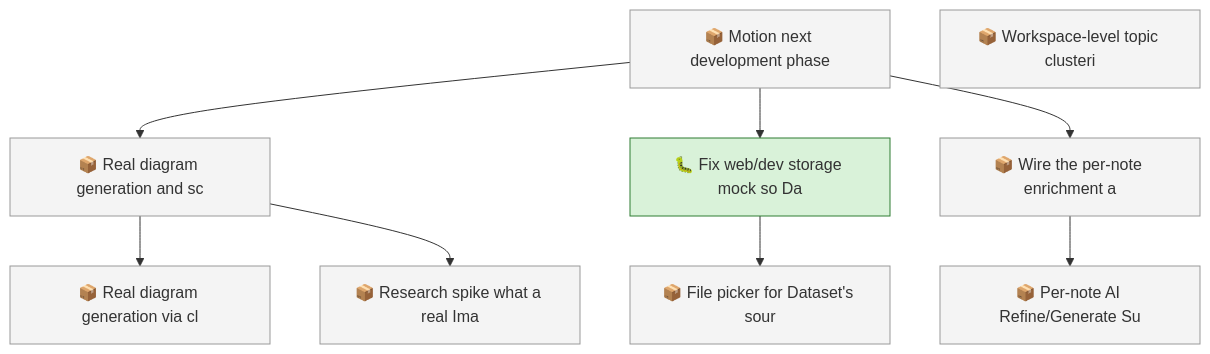
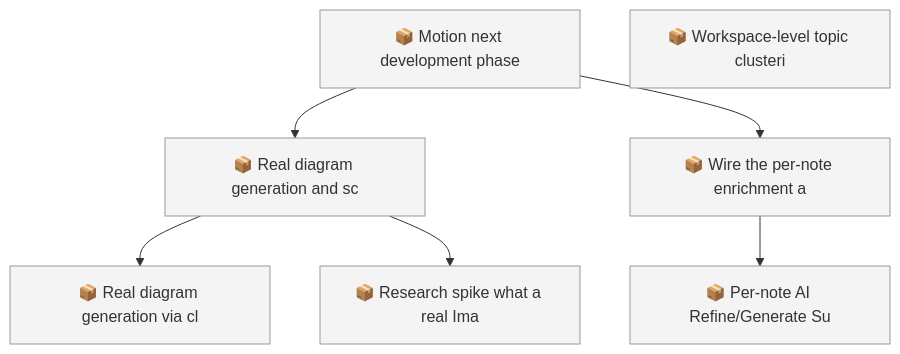
The first of 2 diagrams in docs/roadmap.md (SpillwaveSolutions/motion), drawn with Mermaid before and after one commit. The commit also changed other lines of this file and 12 other files, not shown here.

````diff
--- a/docs/roadmap.md
+++ b/docs/roadmap.md
@@ -49,23 +43,17 @@
 ```mermaid
 graph TD
     01KYFZ6RBHABFSC9K9NJ90168Q["📦 Motion next development phase"]
     01KYFZ6RBJ5718M3GQPAB76RHS["📦 Real diagram generation and sc"]
-    01KYFZ6RBJC07FEQ0FT0KQ302M["🐛 Fix web/dev storage mock so Da"]
     01KYFZ6RBJCWMMF7THJZFB6943["📦 Real diagram generation via cl"]
     01KYFZ6RBJEYPZ9RX0F86490TM["📦 Research spike what a real Ima"]
-    01KYFZ6RBJT7FG0G30WYS3YF6Q["📦 File picker for Dataset's sour"]
     01KYFZ6RBJV920SFW0MAN9MX9J["📦 Wire the per-note enrichment a"]
     01KYFZ6RBJZNYDT9AK2V0RA11T["📦 Per-note AI Refine/Generate Su"]
     01KYFZ8RGR06XBSG9CH4TEWYJY["📦 Workspace-level topic clusteri"]
     01KYFZ6RBHABFSC9K9NJ90168Q --> 01KYFZ6RBJ5718M3GQPAB76RHS
-    01KYFZ6RBHABFSC9K9NJ90168Q --> 01KYFZ6RBJC07FEQ0FT0KQ302M
     01KYFZ6RBJ5718M3GQPAB76RHS --> 01KYFZ6RBJCWMMF7THJZFB6943
     01KYFZ6RBJ5718M3GQPAB76RHS --> 01KYFZ6RBJEYPZ9RX0F86490TM
-    01KYFZ6RBJC07FEQ0FT0KQ302M --> 01KYFZ6RBJT7FG0G30WYS3YF6Q
     01KYFZ6RBHABFSC9K9NJ90168Q --> 01KYFZ6RBJV920SFW0MAN9MX9J
     01KYFZ6RBJV920SFW0MAN9MX9J --> 01KYFZ6RBJZNYDT9AK2V0RA11T
     classDef todo fill:#f4f4f4,stroke:#999999
-    class 01KYFZ6RBHABFSC9K9NJ90168Q,01KYFZ6RBJ5718M3GQPAB76RHS,01KYFZ6RBJCWMMF7THJZFB6943,01KYFZ6RBJEYPZ9RX0F86490TM,01KYFZ6RBJT7FG0G30WYS3YF6Q,01KYFZ6RBJV920SFW0MAN9MX9J,01KYFZ6RBJZNYDT9AK2V0RA11T,01KYFZ8RGR06XBSG9CH4TEWYJY todo
-    classDef in_progress fill:#d9f2d9,stroke:#2e7d32
-    class 01KYFZ6RBJC07FEQ0FT0KQ302M in_progress
+    class 01KYFZ6RBHABFSC9K9NJ90168Q,01KYFZ6RBJ5718M3GQPAB76RHS,01KYFZ6RBJCWMMF7THJZFB6943,01KYFZ6RBJEYPZ9RX0F86490TM,01KYFZ6RBJV920SFW0MAN9MX9J,01KYFZ6RBJZNYDT9AK2V0RA11T,01KYFZ8RGR06XBSG9CH4TEWYJY todo
 ```
````
